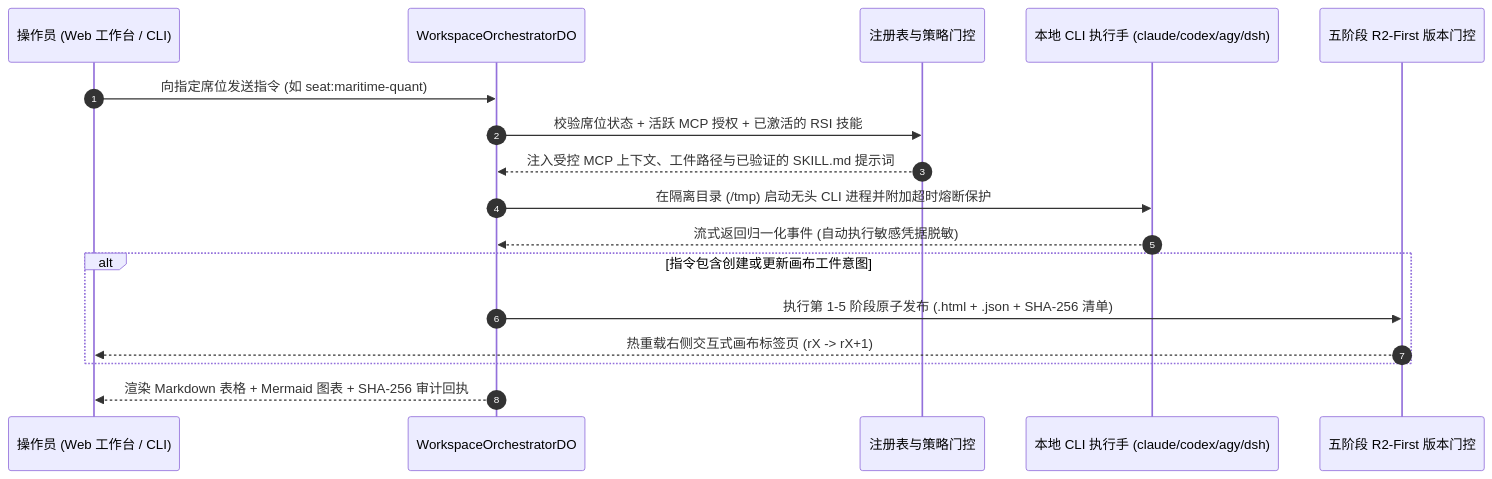
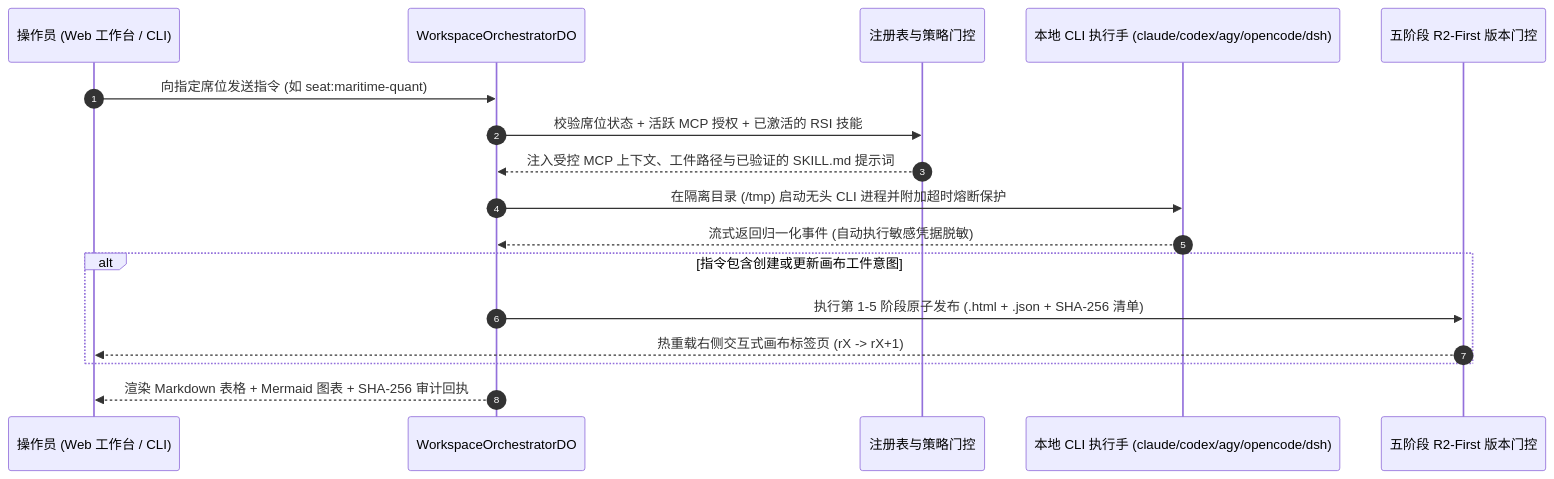
Before and after one commit to dmquant/archonos-pub: the diagram in docs/zh-CN/ARCHITECTURE.md, drawn with Mermaid. The commit also changed 3 other files, not shown here.

````diff
--- a/docs/zh-CN/ARCHITECTURE.md
+++ b/docs/zh-CN/ARCHITECTURE.md
@@ -11,20 +11,20 @@
 ```mermaid
 sequenceDiagram
   autonumber
   participant Op as 操作员 (Web 工作台 / CLI)
   participant DO as WorkspaceOrchestratorDO
   participant Gate as 注册表与策略门控
-  participant Hand as 本地 CLI 执行手 (claude/codex/agy/dsh)
+  participant Hand as 本地 CLI 执行手 (claude/codex/agy/opencode/dsh)
   participant Canvas as 五阶段 R2-First 版本门控
 
   Op->>DO: 向指定席位发送指令 (如 seat:maritime-quant)
   DO->>Gate: 校验席位状态 + 活跃 MCP 授权 + 已激活的 RSI 技能
   Gate-->>DO: 注入受控 MCP 上下文、工件路径与已验证的 SKILL.md 提示词
   DO->>Hand: 在隔离目录 (/tmp) 启动无头 CLI 进程并附加超时熔断保护
   Hand-->>DO: 流式返回归一化事件 (自动执行敏感凭据脱敏)
   alt 指令包含创建或更新画布工件意图
     DO->>Canvas: 执行第 1-5 阶段原子发布 (.html + .json + SHA-256 清单)
     Canvas-->>Op: 热重载右侧交互式画布标签页 (rX -> rX+1)
   end
   DO-->>Op: 渲染 Markdown 表格 + Mermaid 图表 + SHA-256 审计回执
 ```
````
